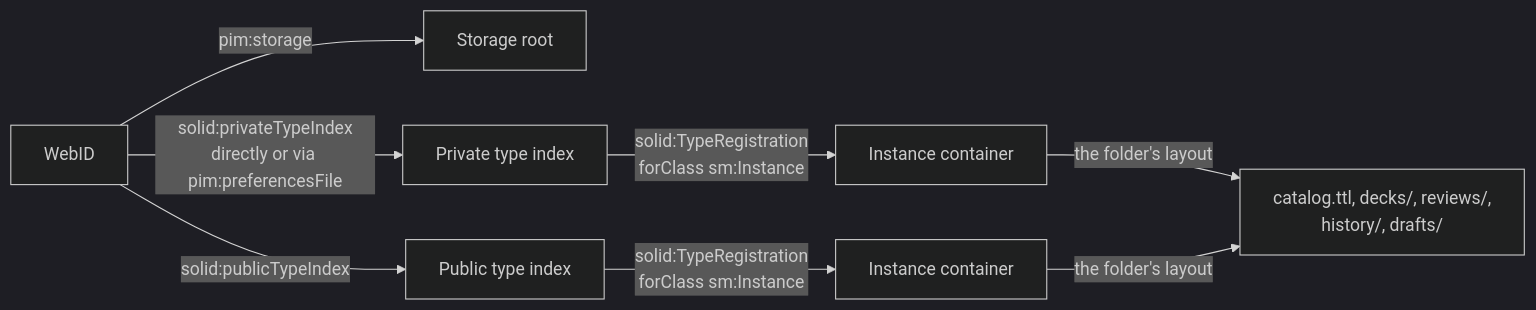
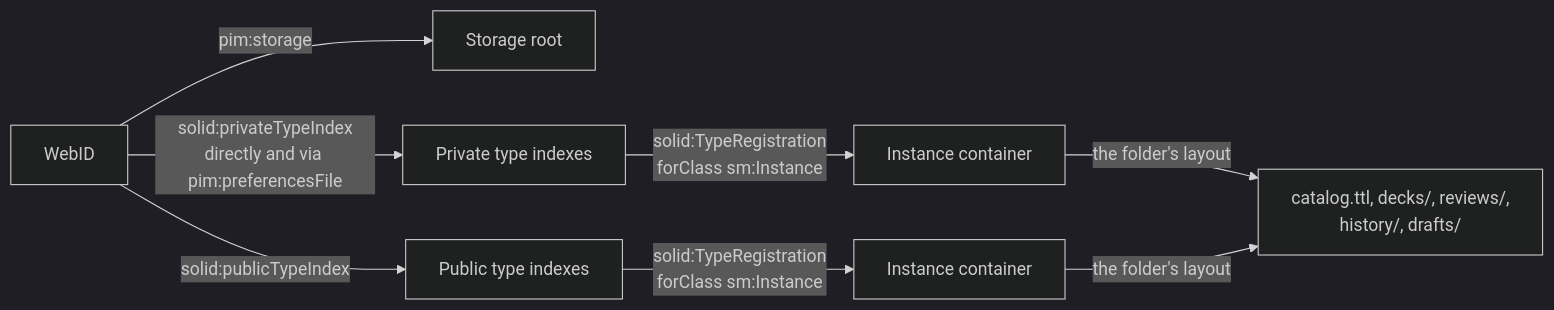
One commit to solid-memo/website changed the second of 4 diagrams in docs/data-model.md. Above: the diagram before and after it, drawn with Mermaid (dark theme). The commit also changed other lines of this file and 30 other files, not shown here.

````diff
--- a/docs/data-model.md
+++ b/docs/data-model.md
@@ -50,12 +50,12 @@
 ```mermaid
 flowchart LR
     accTitle: The discovery chain
     accDescr: From the WebID, the app follows the storage and the private and public type indexes to the instance container, and from the instance's folder to the rest of its data.
     W[WebID] -->|pim:storage| S[Storage root]
-    W -->|solid:privateTypeIndex<br/>directly or via pim:preferencesFile| PTI[Private type index]
-    W -->|solid:publicTypeIndex| PUB[Public type index]
+    W -->|solid:privateTypeIndex<br/>directly and via pim:preferencesFile| PTI[Private type indexes]
+    W -->|solid:publicTypeIndex| PUB[Public type indexes]
     PTI -->|solid:TypeRegistration<br/>forClass sm:Instance| I1[Instance container]
     PUB -->|solid:TypeRegistration<br/>forClass sm:Instance| I2[Instance container]
     I1 -->|the folder's layout| D1["catalog.ttl, decks/, reviews/,<br/>history/, drafts/"]
     I2 -->|the folder's layout| D1
 ```
````
